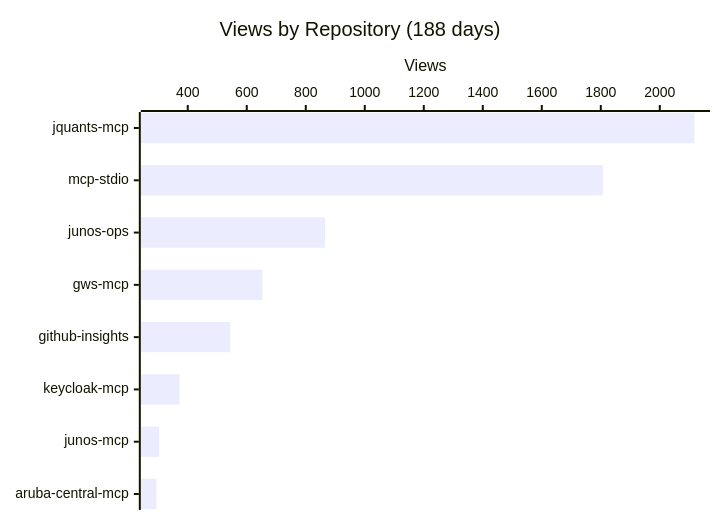
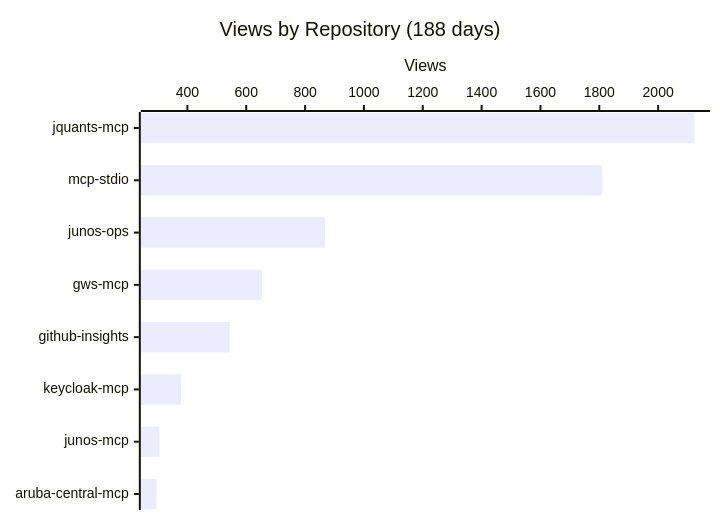
One commit to shigechika/github-insights changed the first of 4 diagrams in README.md. Above: the diagram before and after it, drawn with Mermaid. The commit also changed other lines of this file and 2 other files, not shown here.

````diff
--- a/README.md
+++ b/README.md
@@ -18,7 +18,7 @@
 ```mermaid
 xychart-beta horizontal
     title "Views by Repository (188 days)"
     x-axis ["jquants-mcp", "mcp-stdio", "junos-ops", "gws-mcp", "github-insights", "keycloak-mcp", "junos-mcp", "aruba-central-mcp"]
     y-axis "Views"
-    bar [2117, 1807, 865, 653, 544, 372, 303, 294]
+    bar [2123, 1810, 868, 653, 544, 378, 305, 295]
 ```
````
